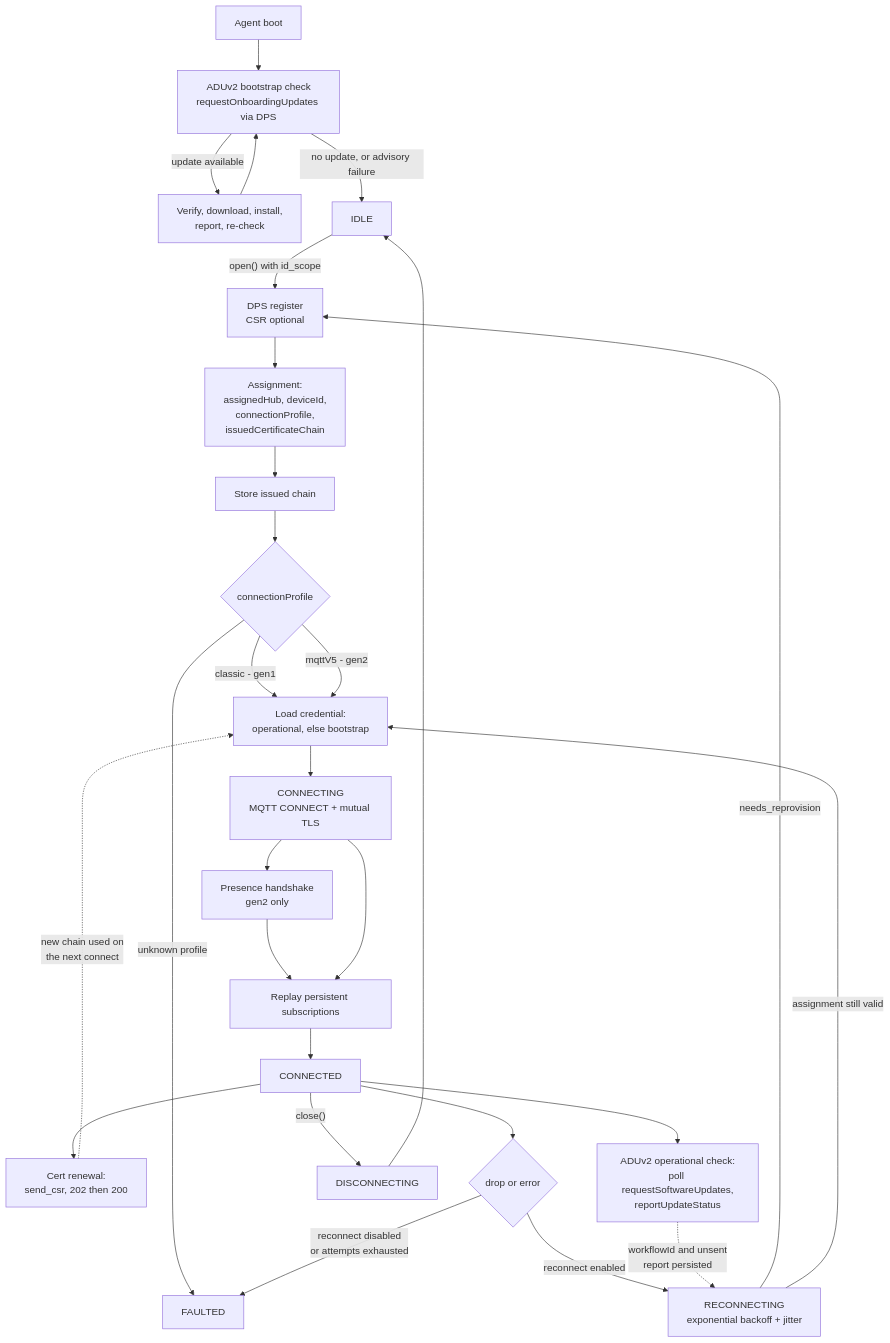
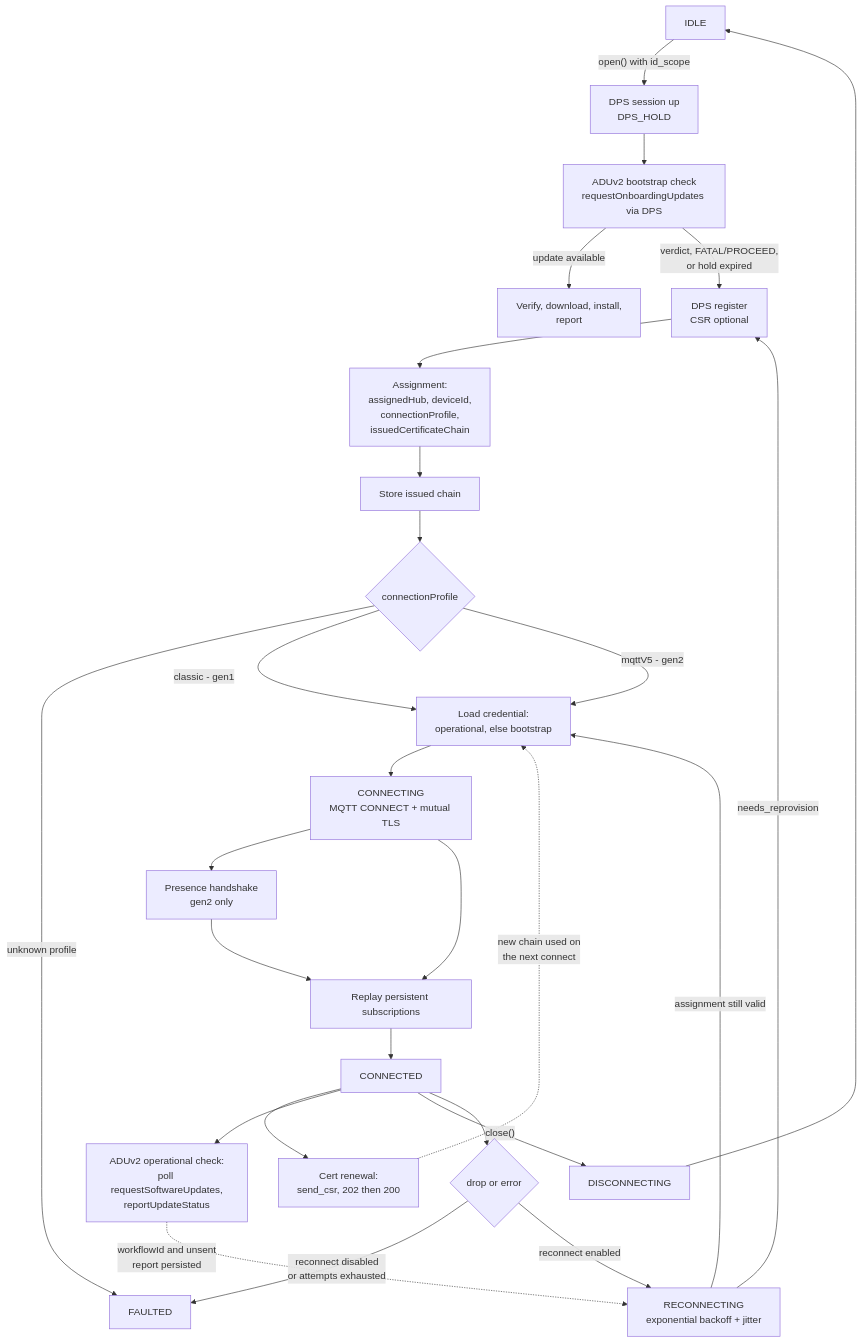
Before and after one commit to Azure/azure-iot-sdk: the ninth of 9 diagrams in c/docs/eng/connection-c.md, drawn with Mermaid. The commit also changed other lines of this file and 2 other files, not shown here.

First line of the commit message:
docs: align the lifecycle with the provisioning-session model

````diff
--- a/c/docs/eng/connection-c.md
+++ b/c/docs/eng/connection-c.md
@@ -683,35 +701,33 @@
 ```mermaid
 flowchart TB
-    BOOT["Agent boot"] --> BCHK["ADUv2 bootstrap check<br/>requestOnboardingUpdates via DPS"]
-    BCHK -->|"update available"| BINST["Verify, download, install,<br/>report, re-check"]
-    BINST --> BCHK
-    BCHK -->|"no update, or advisory failure"| IDLE["IDLE"]
-
-    IDLE -->|"open() with id_scope"| REG["DPS register<br/>CSR optional"]
+    IDLE["IDLE"] -->|"open() with id_scope"| DSESS["DPS session up<br/>DPS_HOLD"]
+    DSESS --> BCHK["ADUv2 bootstrap check<br/>requestOnboardingUpdates via DPS"]
+    BCHK -->|"update available"| BINST["Verify, download, install,<br/>report"]
+    BCHK -->|"verdict, FATAL/PROCEED,<br/>or hold expired"| REG["DPS register<br/>CSR optional"]
 
     REG --> ASSIGN["Assignment:<br/>assignedHub, deviceId,<br/>connectionProfile,<br/>issuedCertificateChain"]
     ASSIGN --> STORE1["Store issued chain"]
     STORE1 --> PROFILE{"connectionProfile"}
 
     PROFILE -->|"unknown profile"| FAULTED
     PROFILE -->|"classic - gen1"| CRED
     PROFILE -->|"mqttV5 - gen2"| CRED["Load credential:<br/>operational, else bootstrap"]
 
     CRED --> CONNECTING["CONNECTING<br/>MQTT CONNECT + mutual TLS"]
     CONNECTING --> BIRTH["Presence handshake<br/>gen2 only"]
     BIRTH --> SUBS["Replay persistent subscriptions"]
     CONNECTING --> SUBS
     SUBS --> CONNECTED["CONNECTED"]
 
     CONNECTED --> CRENEW["Cert renewal:<br/>send_csr, 202 then 200"]
     CRENEW -.->|"new chain used on<br/>the next connect"| CRED
     CONNECTED --> ARENEW["ADUv2 operational check:<br/>poll requestSoftwareUpdates,<br/>reportUpdateStatus"]
 
     CONNECTED -->|"close()"| DISC["DISCONNECTING"] --> IDLE
     CONNECTED --> DROP{"drop or error"}
     DROP -->|"reconnect disabled<br/>or attempts exhausted"| FAULTED["FAULTED"]
     DROP -->|"reconnect enabled"| RECON["RECONNECTING<br/>exponential backoff + jitter"]
     RECON -->|"needs_reprovision"| REG
     RECON -->|"assignment still valid"| CRED
     ARENEW -.->|"workflowId and unsent<br/>report persisted"| RECON
 ```
````
